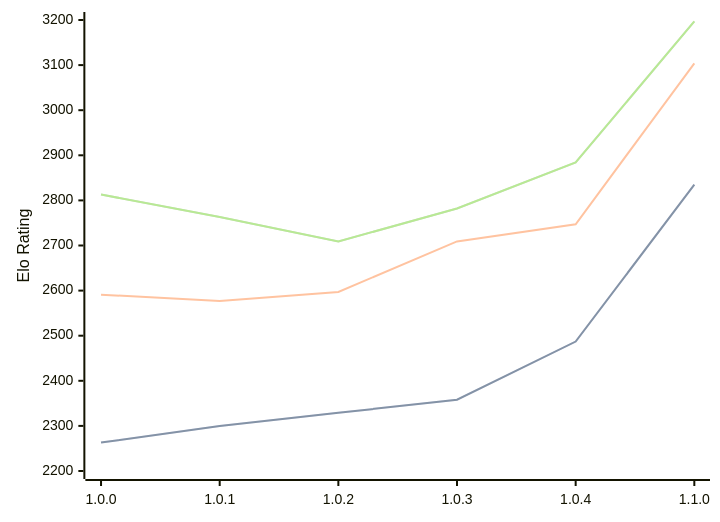
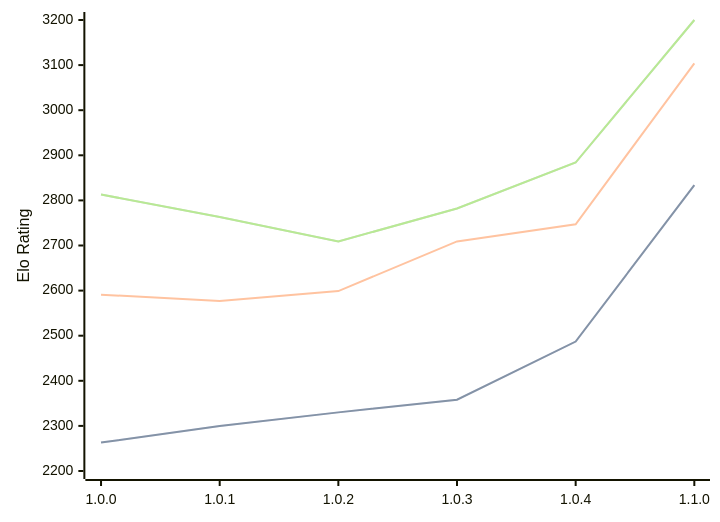
One commit to computer-chess-index/cci changed the diagram in engines/Grail.md. Above: the diagram before and after it, drawn with Mermaid. The commit also changed other lines of this file, not shown here.

Commit message:
Update CCI Ratings (ELO VLTC) - 2026-04-10

````diff
--- a/engines/Grail.md
+++ b/engines/Grail.md
@@ -36,11 +36,11 @@
 ```mermaid
 %%{init: {"theme":"base","themeVariables":{"seriesColors:['#a3a3a3','#222221','#faa371']}}}%%
 xychart-beta
   x-axis ["1.0.0", "1.0.1", "1.0.2", "1.0.3", "1.0.4", "1.1.0"]
   y-axis "Elo Rating" 2200 --> 3200
-  line "STC (8.0+0.08s)" [2263, 2300, 2329, 2358, 2487, 2835]
-  line "STC (8.0+0.08s)" [2263, 2300, 2329, 2358, 2487, 2835]
-  line "LTC (60.0+0.60s)" [2591, 2577, 2597, 2709, 2747, 3104]
-  line "VLTC (2m24s+1.12s)" [2813, 2763, 2709, 2782, 2884, 3197]
-  line "VLTC (2m24s+1.12s)" [2813, 2763, 2709, 2782, 2884, 3197]
+  line "STC (8.0+0.08s)" [2263, 2300, 2330, 2358, 2487, 2834]
+  line "STC (8.0+0.08s)" [2263, 2300, 2330, 2358, 2487, 2834]
+  line "LTC (60.0+0.60s)" [2591, 2577, 2599, 2709, 2747, 3104]
+  line "VLTC (2m24s+1.12s)" [2813, 2763, 2709, 2782, 2884, 3200]
+  line "VLTC (2m24s+1.12s)" [2813, 2763, 2709, 2782, 2884, 3200]
 ```
````
